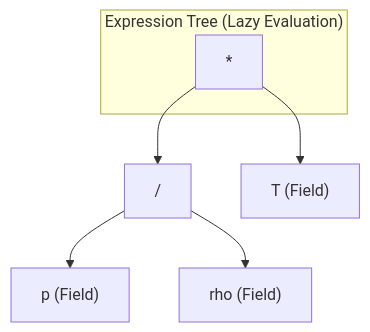
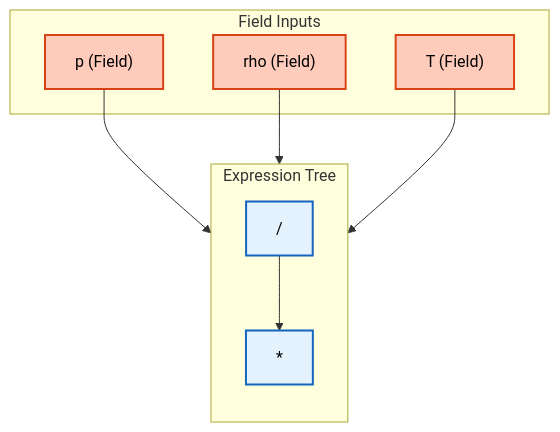
Before and after one commit to wramet/build-my-cfd: the second of 3 diagrams in MODULE_05_OPENFOAM_PROGRAMMING/CONTENT/02_DIMENSIONED_TYPES/04_Template_Metaprogramming.md, drawn with Mermaid. The commit also changed other lines of this file and 313 other files, not shown here.

Commit message:
Revise all diagram

````diff
--- a/MODULE_05_OPENFOAM_PROGRAMMING/CONTENT/02_DIMENSIONED_TYPES/04_Template_Metaprogramming.md
+++ b/MODULE_05_OPENFOAM_PROGRAMMING/CONTENT/02_DIMENSIONED_TYPES/04_Template_Metaprogramming.md
@@ -108,11 +110,19 @@
 ```mermaid
 graph TD
-    Op1["/"] --> p["p (Field)"]
-    Op1 --> rho["rho (Field)"]
-    Op2["*"] --> Op1
-    Op2 --> T["T (Field)"]
-
-    subgraph "Expression Tree (Lazy Evaluation)"
-    Op2
-    end
+classDef explicit fill:#ffccbc,stroke:#d84315,stroke-width:2px,color:#000
+classDef implicit fill:#e3f2fd,stroke:#1565c0,stroke-width:2px,color:#000
+subgraph Inputs["Field Inputs"]
+    p["p (Field)"]:::explicit
+    rho["rho (Field)"]:::explicit
+    T["T (Field)"]:::explicit
+end
+subgraph Tree["Expression Tree"]
+    direction TB
+    Op1["/"]:::implicit
+    Op2["*"]:::implicit
+end
+p --> Op1
+rho --> Op1
+Op1 --> Op2
+T --> Op2
 ```
````
